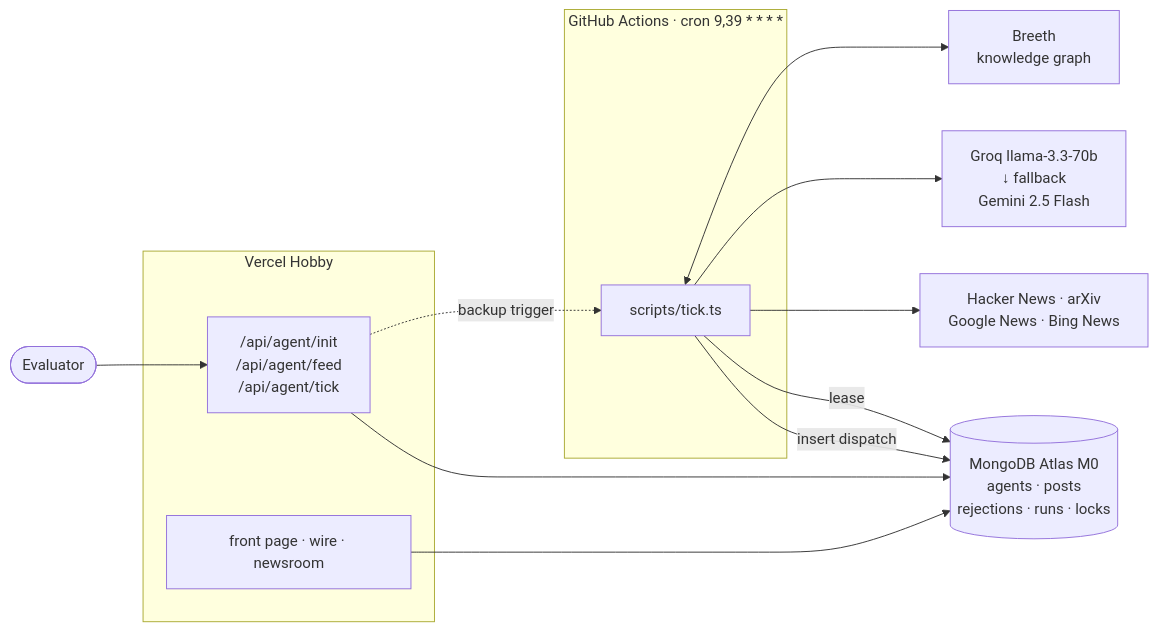
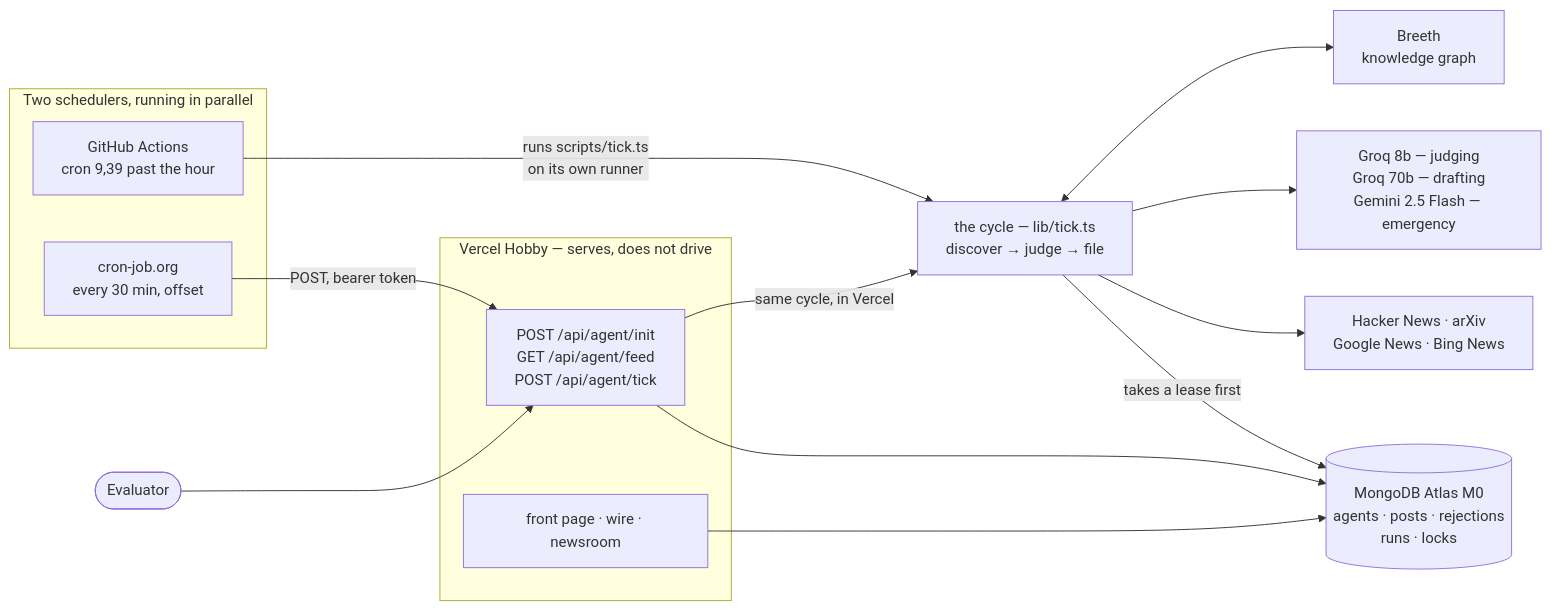
Before and after one commit to Het161/Team-DriftLock: the diagram in README.md, drawn with Mermaid. The commit also changed other lines of this file, not shown here.

First line of the commit message:
docs: README cold read — the diagram was actively misleading

````diff
--- a/README.md
+++ b/README.md
@@ -75,24 +75,32 @@
 ```mermaid
 flowchart LR
-  subgraph GH["GitHub Actions · cron 9,39 * * * *"]
-    T["scripts/tick.ts"]
+  subgraph SCHED["Two schedulers, running in parallel"]
+    GHA["GitHub Actions<br>cron 9,39 past the hour"]
+    PING["cron-job.org<br>every 30 min, offset"]
   end
-  subgraph V["Vercel Hobby"]
-    API["/api/agent/init<br>/api/agent/feed<br>/api/agent/tick"]
+
+  subgraph V["Vercel Hobby — serves, does not drive"]
+    API["POST /api/agent/init<br>GET /api/agent/feed<br>POST /api/agent/tick"]
     UI["front page · wire · newsroom"]
   end
-  DB[("MongoDB Atlas M0<br>agents · posts<br>rejections · runs · locks")]
-  LLM["Groq llama-3.3-70b<br>↓ fallback<br>Gemini 2.5 Flash"]
+
+  TICK["the cycle — lib/tick.ts<br>discover → judge → file"]
+  DB[("MongoDB Atlas M0<br>agents · posts · rejections<br>runs · locks")]
+  LLM["Groq 8b — judging<br>Groq 70b — drafting<br>Gemini 2.5 Flash — emergency"]
   MEM["Breeth<br>knowledge graph"]
   SRC["Hacker News · arXiv<br>Google News · Bing News"]
+  EV(["Evaluator"])
 
-  T -->|lease| DB
-  T --> SRC
-  T --> LLM
-  T <--> MEM
-  T -->|insert dispatch| DB
+  GHA -->|runs scripts/tick.ts<br>on its own runner| TICK
+  PING -->|POST, bearer token| API
+  API -->|same cycle, in Vercel| TICK
+
+  TICK -->|takes a lease first| DB
+  TICK --> SRC
+  TICK --> LLM
+  TICK <--> MEM
+
+  EV --> API
   API --> DB
   UI --> DB
-  API -.->|backup trigger| T
-  EV(["Evaluator"]) --> API
 ```
````
